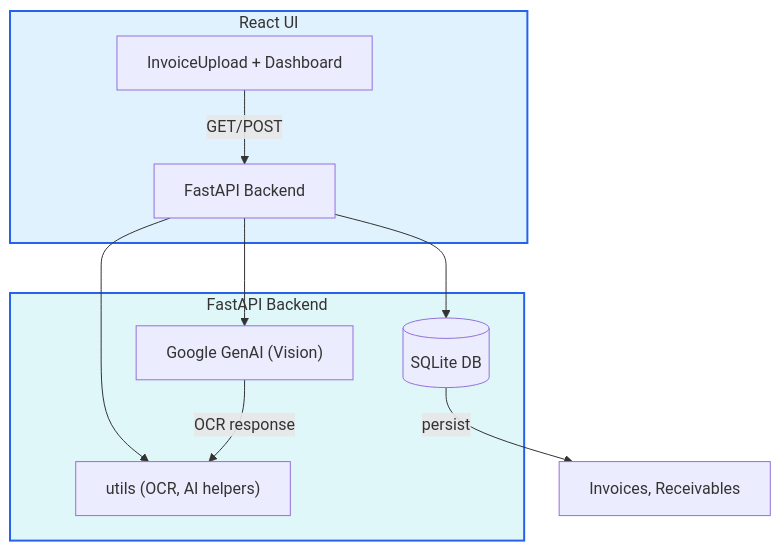
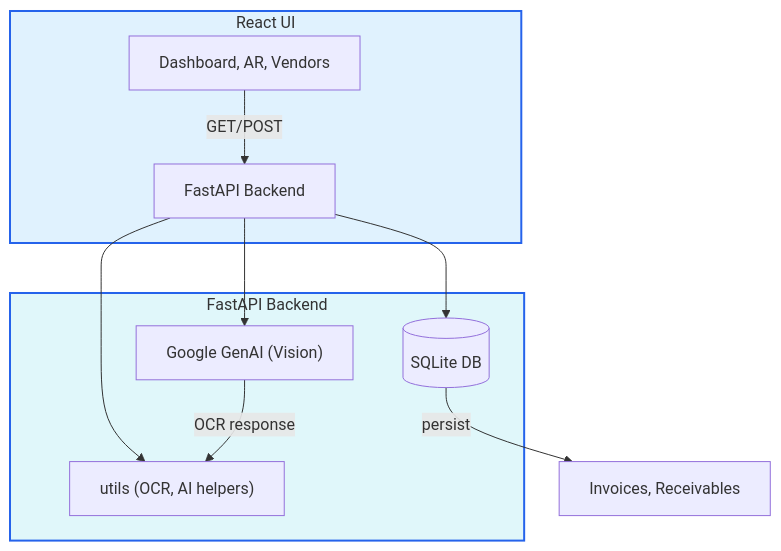
Before and after one commit to aegonthecon/finance-operations-copilot: the diagram in README.md, drawn with Mermaid. The commit also changed other lines of this file and 20 other files, not shown here.

````diff
--- a/README.md
+++ b/README.md
@@ -24,16 +22,16 @@
 ```mermaid
 flowchart TD
     subgraph Frontend["React UI"]
-        UI["InvoiceUpload + Dashboard"]
+        UI["Dashboard, AR, Vendors"]
         UI -->|GET/POST| API["FastAPI Backend"]
     end
     subgraph Backend["FastAPI Backend"]
         API --> DB[(SQLite DB)]
         API --> Gemini["Google GenAI (Vision)" ]
         API --> Utils["utils (OCR, AI helpers)" ]
     end
     DB -->|persist| Data["Invoices, Receivables"]
     Gemini -->|OCR response| Utils
     style Frontend fill:#E0F2FE,stroke:#2563EB,stroke-width:2px
     style Backend fill:#E0F7FA,stroke:#2563EB,stroke-width:2px
 ```
````
